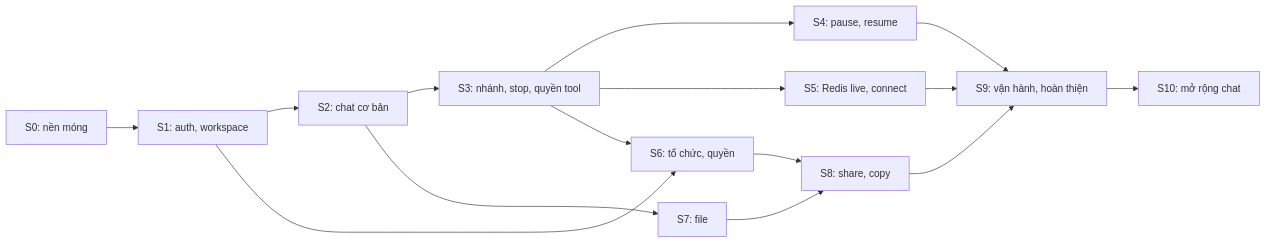
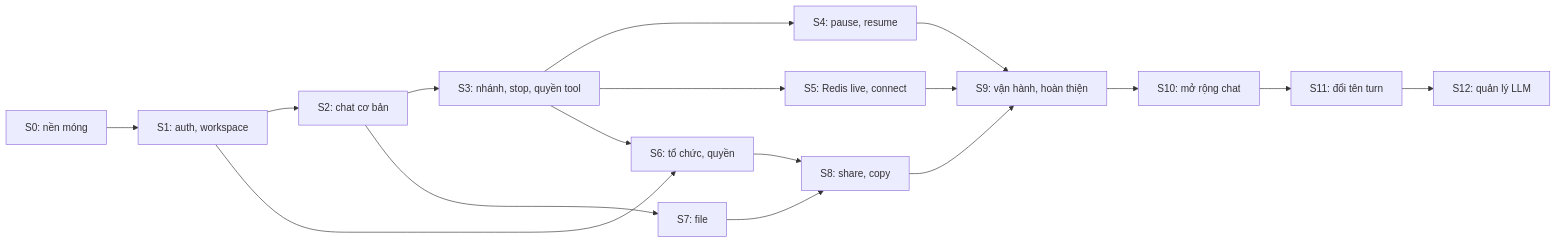
One commit to Lam-Hung-ai/full_stack_ai_agent changed the diagram in docs/chat_development/ke-hoach-sprint.md. Above: the diagram before and after it, drawn with Mermaid. The commit also changed other lines of this file and 5 other files, not shown here.

````diff
--- a/docs/chat_development/ke-hoach-sprint.md
+++ b/docs/chat_development/ke-hoach-sprint.md
@@ -34,17 +36,19 @@
 ```mermaid
 flowchart LR
     S0["S0: nền móng"] --> S1["S1: auth, workspace"]
     S1 --> S2["S2: chat cơ bản"]
     S2 --> S3["S3: nhánh, stop, quyền tool"]
     S3 --> S4["S4: pause, resume"]
     S3 --> S5["S5: Redis live, connect"]
     S1 --> S6["S6: tổ chức, quyền"]
     S3 --> S6
     S2 --> S7["S7: file"]
     S7 --> S8["S8: share, copy"]
     S6 --> S8
     S4 --> S9["S9: vận hành, hoàn thiện"]
     S5 --> S9
     S8 --> S9
     S9 --> S10["S10: mở rộng chat"]
+    S10 --> S11["S11: đổi tên turn"]
+    S11 --> S12["S12: quản lý LLM"]
 ```
````
